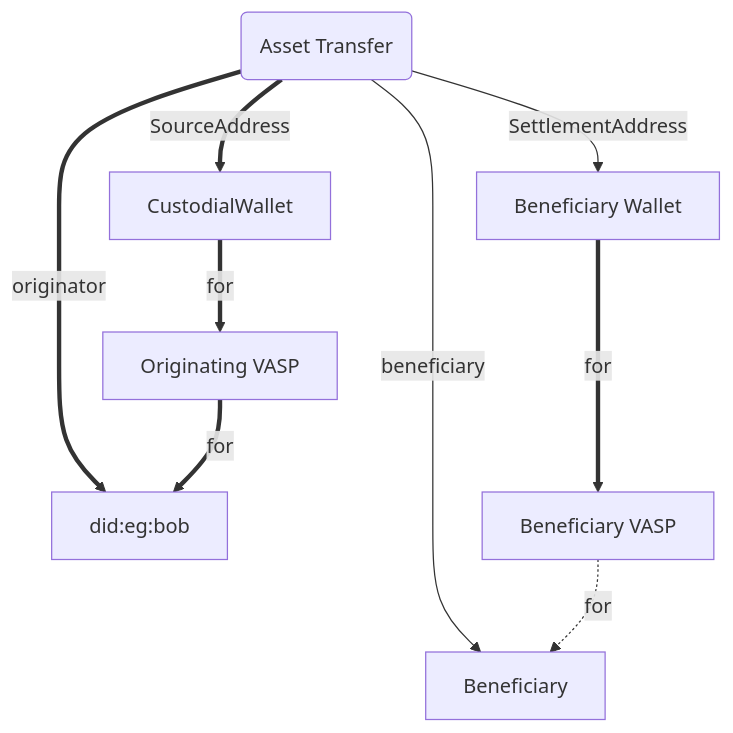
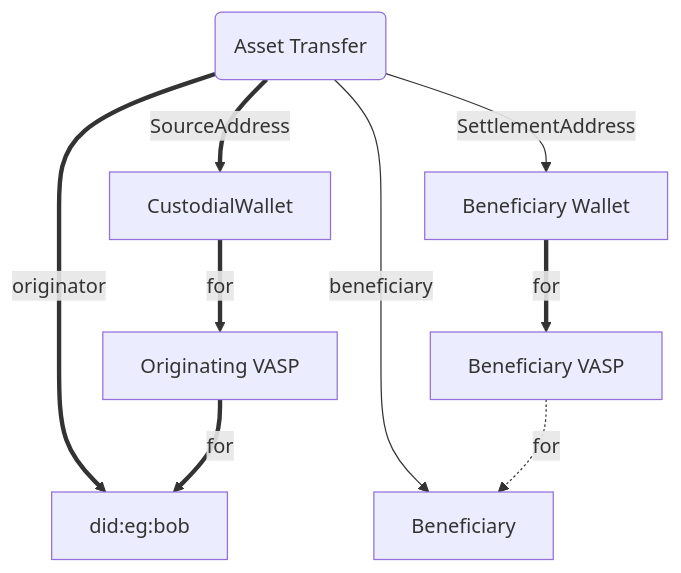
Before and after one commit to TransactionAuthorizationProtocol/TAIPs: the fifth of 9 diagrams in TAIPs/taip-9.md, drawn with Mermaid. The commit also changed other lines of this file, not shown here.

Commit message:
Fix a diagram

````diff
--- a/TAIPs/taip-9.md
+++ b/TAIPs/taip-9.md
@@ -136,11 +137,11 @@
- ```mermaid
+```mermaid
 graph TD
     Transfer(Asset Transfer) ==>|originator| Customer[did:eg:bob]
     Transfer -->|beneficiary| Beneficiary
     Transfer ==>|SourceAddress| CustodialWallet
     OriginatingVASP[Originating VASP] ==>|for| Customer
     CustodialWallet ==>|for| OriginatingVASP
     Transfer -->|SettlementAddress| Wallet[Beneficiary Wallet]
-    Wallet ===>|for| BeneficiaryVASP
-    BeneficiaryVASP[Beneficiary VASP] -.->|for| Beneficiary
+    Wallet ==>|for| BeneficiaryVASP[Beneficiary VASP]
+    BeneficiaryVASP -.->|for| Beneficiary
 ```
````
